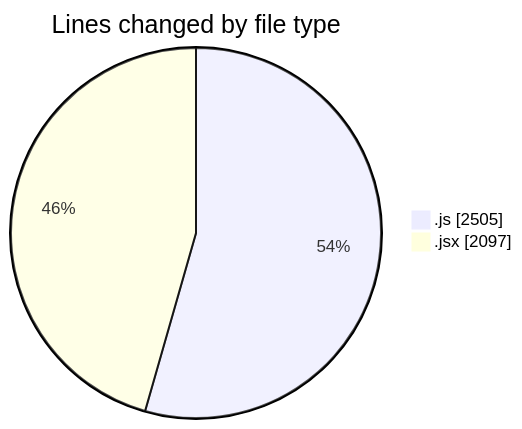
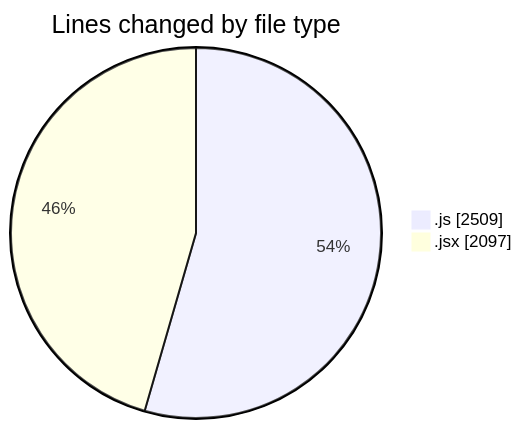
Before and after one commit to nxtqubesakshisongat/code-tracking: the first of 2 diagrams in 2025-08-28/nxtqube_webapp/README.md, drawn with Mermaid. The commit also changed other lines of this file and 1 other file, not shown here.

````diff
--- a/2025-08-28/nxtqube_webapp/README.md
+++ b/2025-08-28/nxtqube_webapp/README.md
@@ -25,6 +25,6 @@
 ```mermaid
 pie showData
 title Lines changed by file type
-".js" : 2505
+".js" : 2509
 ".jsx" : 2097
 ```
````
